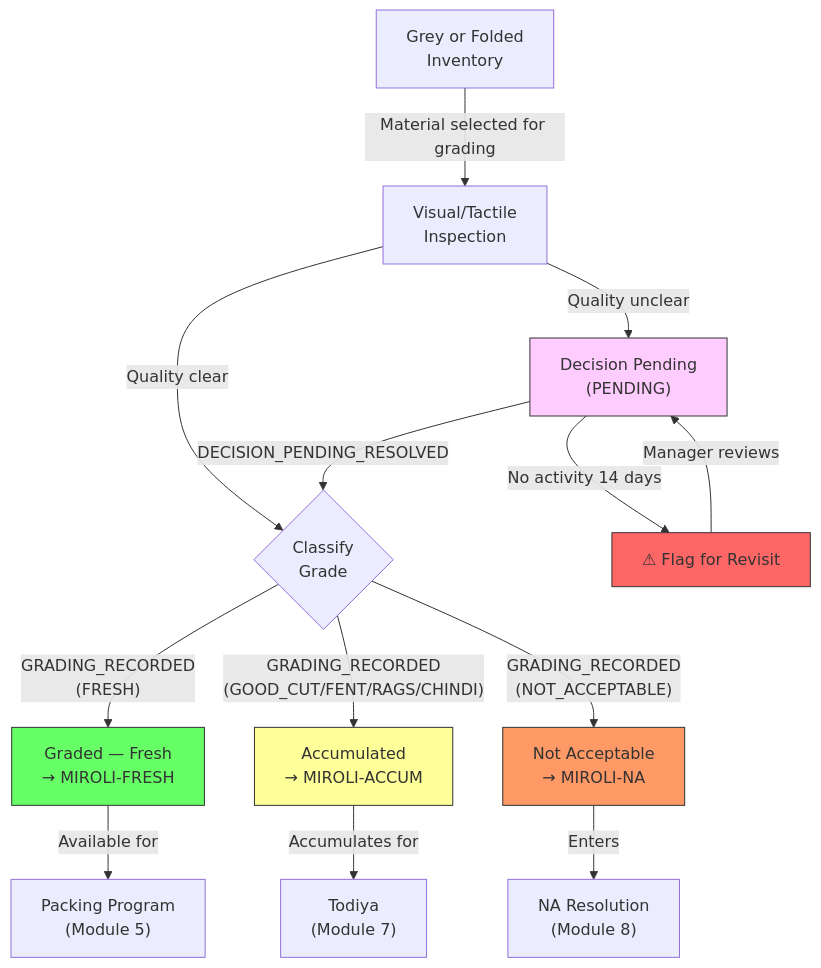
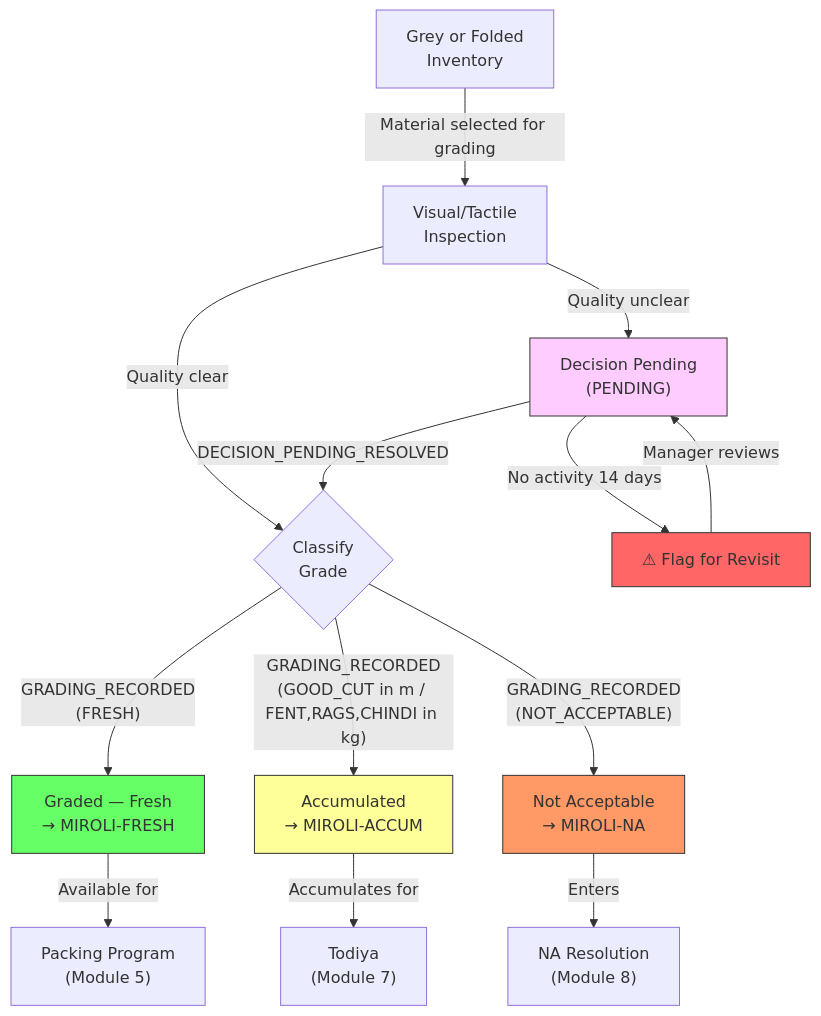
One commit to jetbrodocs/docs-rg-faith changed the diagram in 40-solution-design/rg-faith-miroli/04-quality-grading.md. Above: the diagram before and after it, drawn with Mermaid. The commit also changed other lines of this file and 19 other files, not shown here.

````diff
--- a/40-solution-design/rg-faith-miroli/04-quality-grading.md
+++ b/40-solution-design/rg-faith-miroli/04-quality-grading.md
@@ -381,25 +380,25 @@
 ```mermaid
 flowchart TD
     A["Grey or Folded\nInventory"] -->|"Material selected for grading"| B["Visual/Tactile\nInspection"]
     B -->|"Quality clear"| C{"Classify\nGrade"}
     B -->|"Quality unclear"| D["Decision Pending\n(PENDING)"]
 
     C -->|"GRADING_RECORDED\n(FRESH)"| E["Graded — Fresh\n→ MIROLI-FRESH"]
-    C -->|"GRADING_RECORDED\n(GOOD_CUT/FENT/RAGS/CHINDI)"| F["Accumulated\n→ MIROLI-ACCUM"]
+    C -->|"GRADING_RECORDED\n(GOOD_CUT in m / FENT,RAGS,CHINDI in kg)"| F["Accumulated\n→ MIROLI-ACCUM"]
     C -->|"GRADING_RECORDED\n(NOT_ACCEPTABLE)"| G["Not Acceptable\n→ MIROLI-NA"]
 
     D -->|"DECISION_PENDING_RESOLVED"| C
 
     E -->|"Available for"| H["Packing Program\n(Module 5)"]
     F -->|"Accumulates for"| I["Todiya\n(Module 7)"]
     G -->|"Enters"| J["NA Resolution\n(Module 8)"]
 
     D -->|"No activity 14 days"| K["⚠ Flag for Revisit"]
     K -->|"Manager reviews"| D
 
     style E fill:#6f6,stroke:#333
     style F fill:#ff9,stroke:#333
     style G fill:#f96,stroke:#333
     style D fill:#fcf,stroke:#333
     style K fill:#f66,stroke:#333
 ```
````
